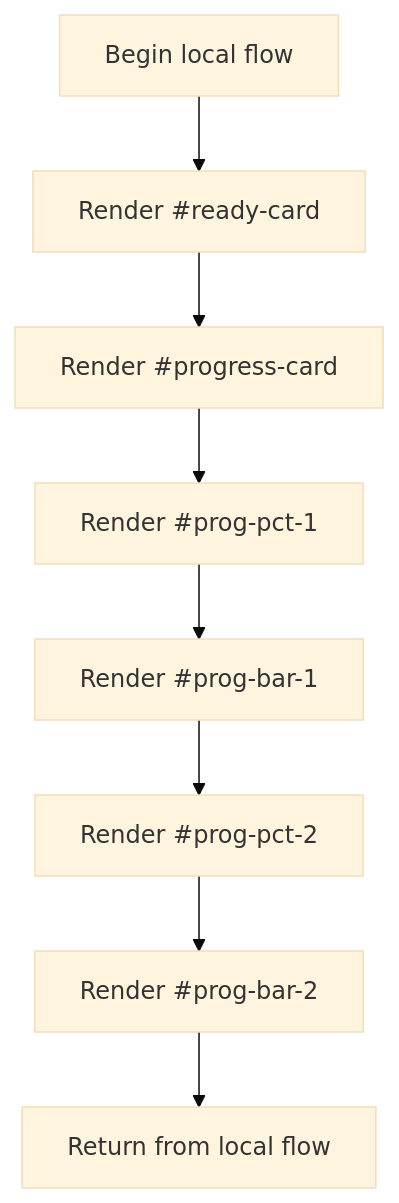
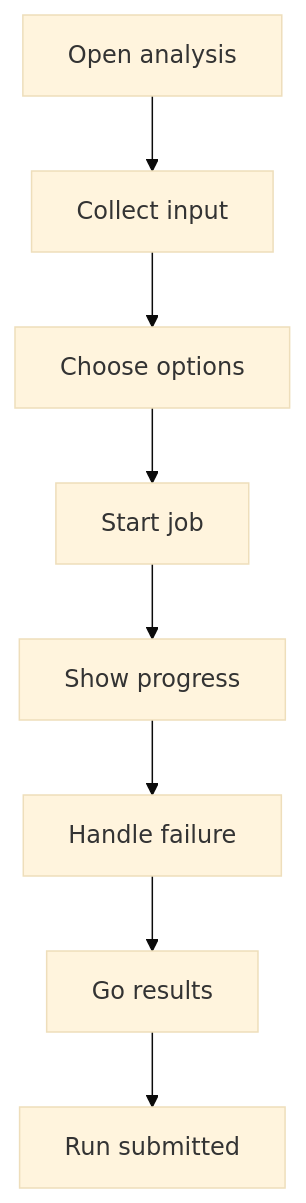
One commit to JohnAndrewBalbarosa/NeoTerritory changed the diagram in docs/Codebase/Frontend/pages/analysis-new.html.md. Above: the diagram before and after it, drawn with Mermaid (base theme). The commit also changed other lines of this file and 21 other files, not shown here.

````diff
--- a/docs/Codebase/Frontend/pages/analysis-new.html.md
+++ b/docs/Codebase/Frontend/pages/analysis-new.html.md
@@ -21,18 +21,18 @@
 ```mermaid
 flowchart TD
-    Start["Begin local flow"]
-    N0["Render #ready-card"]
-    N1["Render #progress-card"]
-    N2["Render #prog-pct-1"]
-    N3["Render #prog-bar-1"]
-    N4["Render #prog-pct-2"]
-    N5["Render #prog-bar-2"]
-    End["Return from local flow"]
+    Start["Open analysis"]
+    N0["Collect input"]
+    N1["Choose options"]
+    N2["Start job"]
+    N3["Show progress"]
+    N4["Handle failure"]
+    N5["Go results"]
+    End["Run submitted"]
     Start --> N0
     N0 --> N1
     N1 --> N2
     N2 --> N3
     N3 --> N4
     N4 --> N5
     N5 --> End
 ```
````
